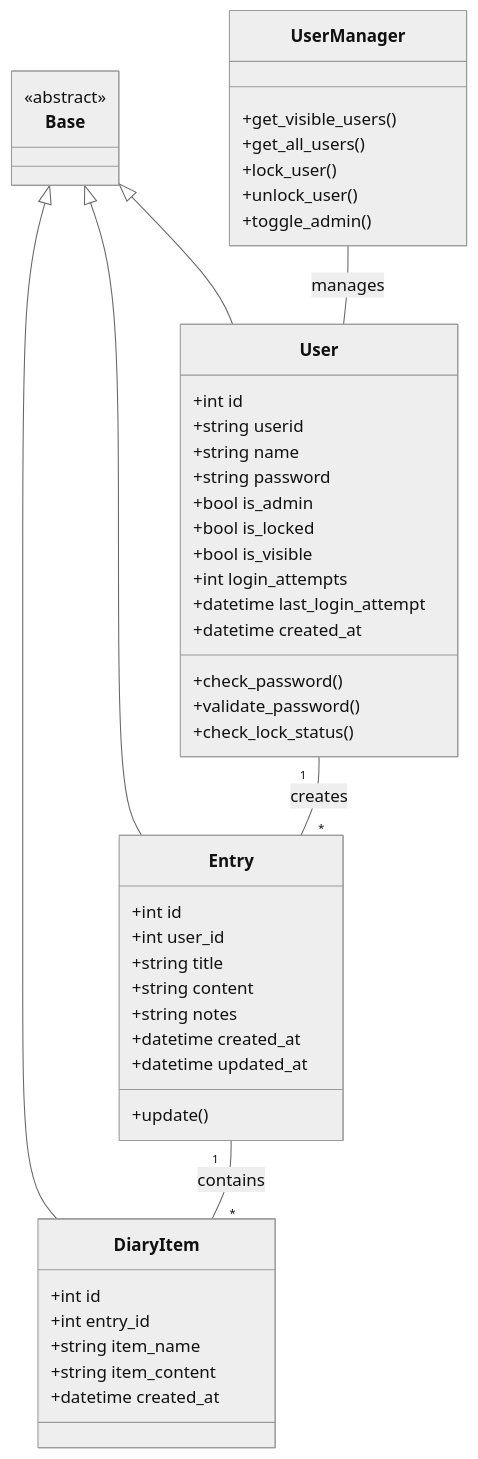
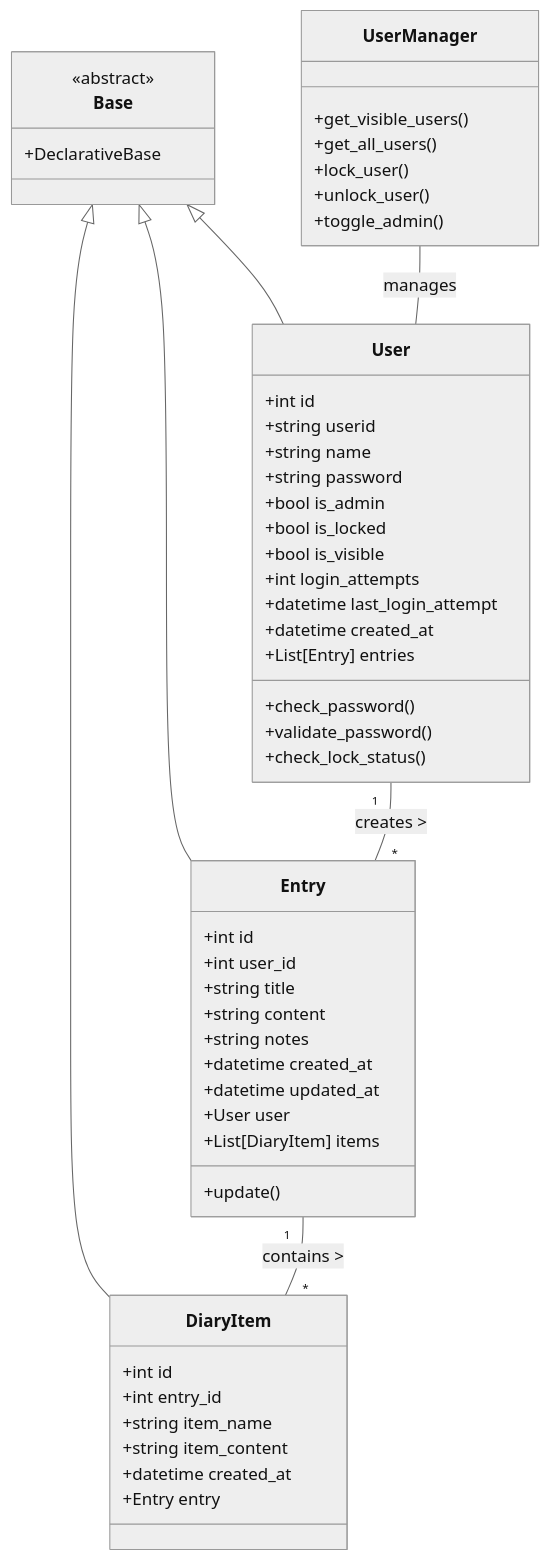
The second of 10 diagrams in docs/diagrams_ja.md (sougetuOte/LifeLog), drawn with Mermaid (neutral theme) before and after one commit. The commit also changed other lines of this file and 5 other files, not shown here.

````diff
--- a/docs/diagrams_ja.md
+++ b/docs/diagrams_ja.md
@@ -40,56 +41,61 @@
 ```mermaid
 classDiagram
     class Base {
         <<abstract>>
+        +DeclarativeBase
     }
 
     class User {
         +int id
         +string userid
         +string name
         +string password
         +bool is_admin
         +bool is_locked
         +bool is_visible
         +int login_attempts
         +datetime last_login_attempt
         +datetime created_at
+        +List[Entry] entries
         +check_password()
         +validate_password()
         +check_lock_status()
     }
 
     class Entry {
         +int id
         +int user_id
         +string title
         +string content
         +string notes
         +datetime created_at
         +datetime updated_at
+        +User user
+        +List[DiaryItem] items
         +update()
     }
 
     class DiaryItem {
         +int id
         +int entry_id
         +string item_name
         +string item_content
         +datetime created_at
+        +Entry entry
     }
 
     class UserManager {
         +get_visible_users()
         +get_all_users()
         +lock_user()
         +unlock_user()
         +toggle_admin()
     }
 
     Base <|-- User
     Base <|-- Entry
     Base <|-- DiaryItem
-    User "1" -- "*" Entry : creates
-    Entry "1" -- "*" DiaryItem : contains
+    User "1" -- "*" Entry : creates >
+    Entry "1" -- "*" DiaryItem : contains >
     UserManager -- User : manages
 ```
````
